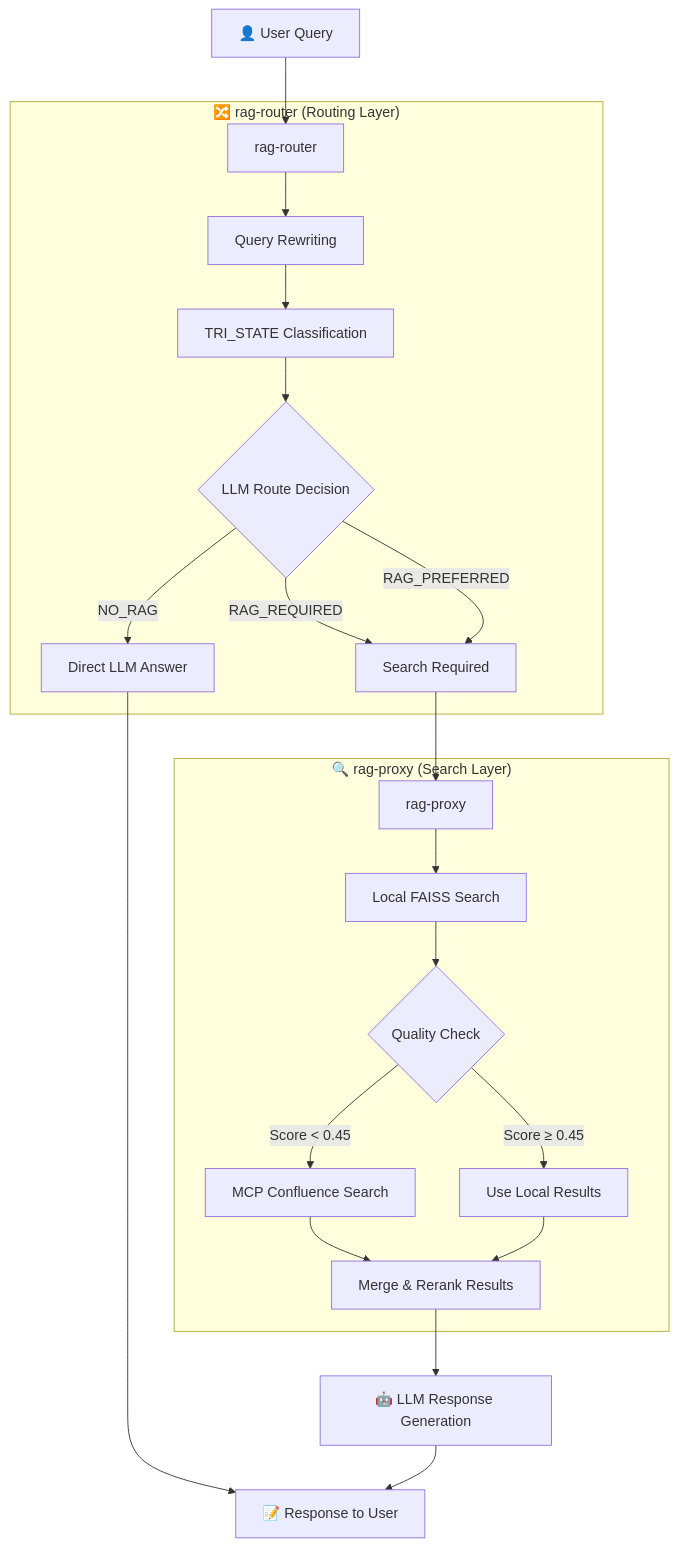
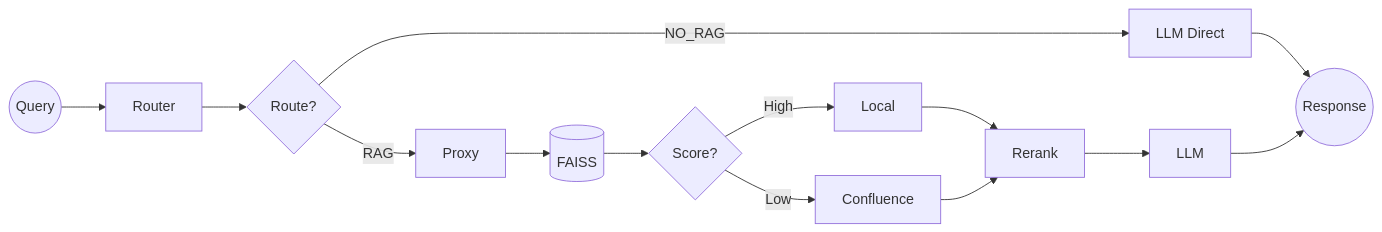
Before and after one commit to blkros/confluence_ragchatbot_renewal: the diagram in README.md, drawn with Mermaid.

Commit message:
readme update

````diff
--- a/README.md
+++ b/README.md
@@ -19,28 +19,20 @@
 ```mermaid
-flowchart TD
-    A[👤 User Query] --> B[rag-router]
+flowchart LR
+    A((Query)) --> B[Router]
 
-    subgraph Router["🔀 rag-router (Routing Layer)"]
-        B --> C[Query Rewriting]
-        C --> D[TRI_STATE Classification]
-        D --> E{LLM Route Decision}
-        E -->|NO_RAG| F[Direct LLM Answer]
-        E -->|RAG_REQUIRED| G[Search Required]
-        E -->|RAG_PREFERRED| G
-    end
+    B --> C{Route?}
+    C -->|NO_RAG| D[LLM Direct]
+    C -->|RAG| E[Proxy]
 
-    G --> H[rag-proxy]
+    E --> F[(FAISS)]
+    F --> G{Score?}
+    G -->|High| H[Local]
+    G -->|Low| I[Confluence]
 
-    subgraph Proxy["🔍 rag-proxy (Search Layer)"]
-        H --> I[Local FAISS Search]
-        I --> J{Quality Check}
-        J -->|Score ≥ 0.45| K[Use Local Results]
-        J -->|Score < 0.45| L[MCP Confluence Search]
-        L --> M[Merge & Rerank Results]
-        K --> M
-    end
+    H --> J[Rerank]
+    I --> J
+    J --> K[LLM]
 
-    M --> N[🤖 LLM Response Generation]
-    F --> O[📝 Response to User]
-    N --> O
+    D --> L((Response))
+    K --> L
 ```
````
